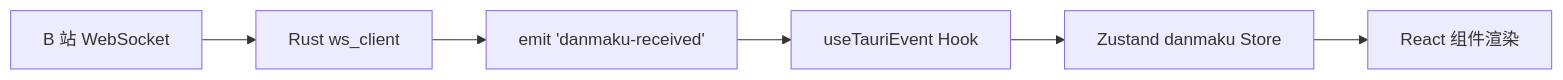
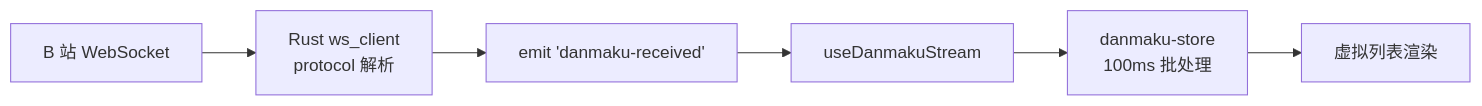
Before and after one commit to sfqy211/bilidanmu: the second of 4 diagrams in docs/docs/architecture/dataflow.md, drawn with Mermaid. The commit also changed other lines of this file and 29 other files, not shown here.

````diff
--- a/docs/docs/architecture/dataflow.md
+++ b/docs/docs/architecture/dataflow.md
@@ -82,8 +90,8 @@
 ```mermaid
 flowchart LR
-    A["B 站 WebSocket"] --> B["Rust ws_client"]
+    A["B 站 WebSocket"] --> B["Rust ws_client<br/>protocol 解析"]
     B --> C["emit 'danmaku-received'"]
-    C --> D["useTauriEvent Hook"]
-    D --> E["Zustand danmaku Store"]
-    E --> F["React 组件渲染"]
+    C --> D["useDanmakuStream"]
+    D --> E["danmaku-store<br/>100ms 批处理"]
+    E --> F["虚拟列表渲染"]
 ```
````
